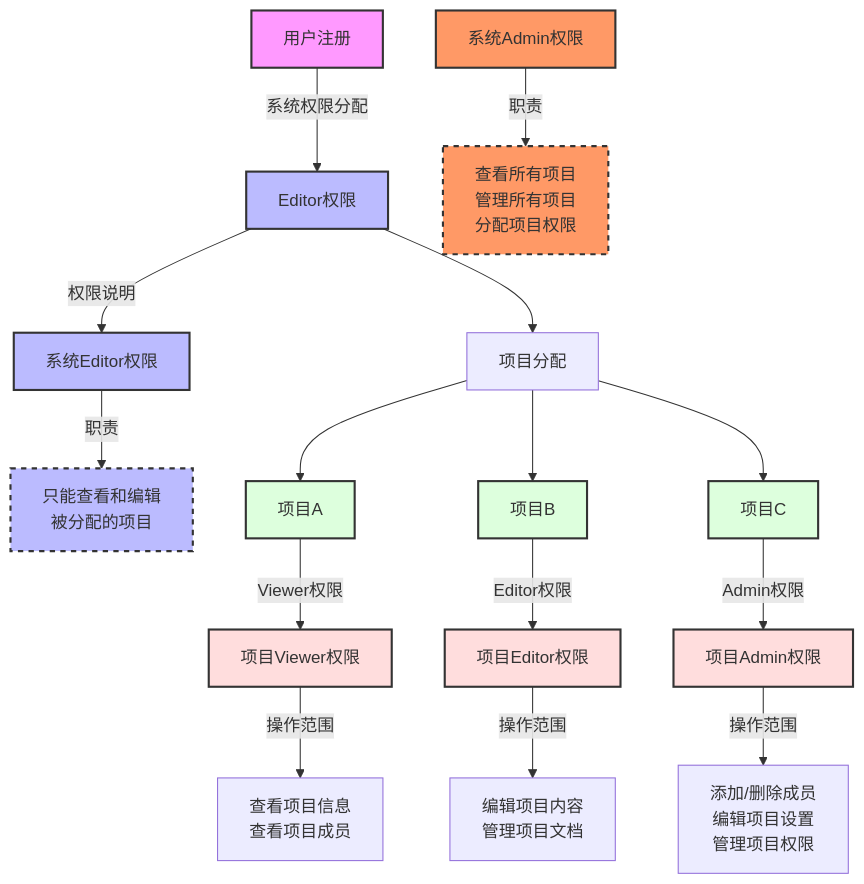
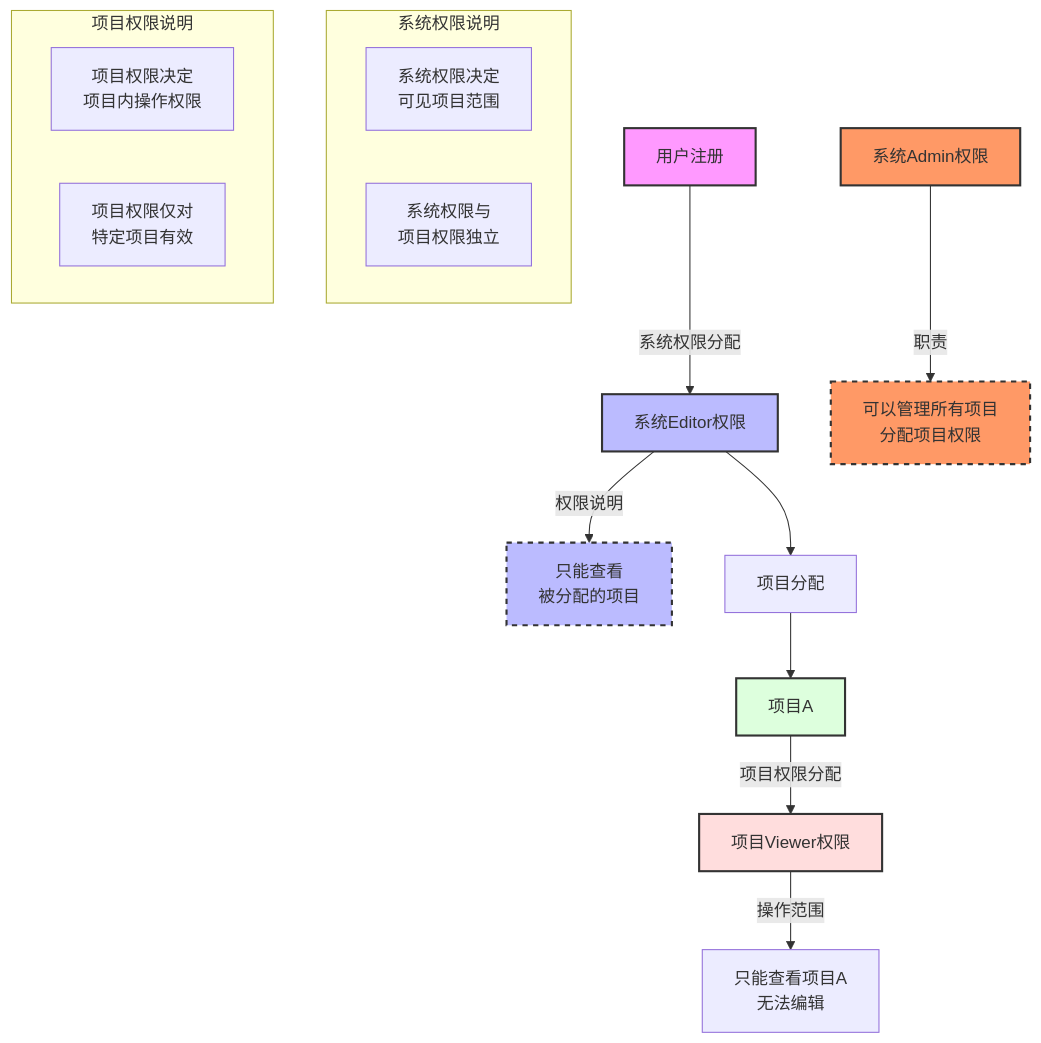
The diagram in docs/user-project-permission-flow.md (XcodeFish/CodeGeniusHub), drawn with Mermaid before and after one commit.

Commit message:
fix: 修改用户权限跟项目权限的关系

````diff
--- a/docs/user-project-permission-flow.md
+++ b/docs/user-project-permission-flow.md
@@ -1,46 +1,45 @@
 ```mermaid
 graph TD
     %% 用户权限部分
-    A[用户注册] -->|系统权限分配| B[Editor权限]
+    A[用户注册] -->|系统权限分配| B[系统Editor权限]
 
-    %% 用户权限说明
-    B -->|权限说明| B1[系统Editor权限]
-    B1 -->|职责| B2[只能查看和编辑<br/>被分配的项目]
+    %% 系统权限说明
+    B -->|权限说明| B1[只能查看<br/>被分配的项目]
 
     %% 项目分配流程
     B --> C[项目分配]
     C --> D[项目A]
-    C --> E[项目B]
-    C --> F[项目C]
 
     %% 项目权限说明
-    D -->|Viewer权限| G[项目Viewer权限]
-    E -->|Editor权限| H[项目Editor权限]
-    F -->|Admin权限| I[项目Admin权限]
+    D -->|项目权限分配| E[项目Viewer权限]
 
     %% 项目权限具体操作
-    G -->|操作范围| G1[查看项目信息<br/>查看项目成员]
-    H -->|操作范围| H1[编辑项目内容<br/>管理项目文档]
-    I -->|操作范围| I1[添加/删除成员<br/>编辑项目设置<br/>管理项目权限]
+    E -->|操作范围| E1[只能查看项目A<br/>无法编辑]
 
     %% 系统Admin权限说明
-    Z[系统Admin权限] -->|职责| Z1[查看所有项目<br/>管理所有项目<br/>分配项目权限]
+    Z[系统Admin权限] -->|职责| Z1[可以管理所有项目<br/>分配项目权限]
+
+    %% 权限关系说明
+    classDef note fill:#fff,stroke:#333,stroke-dasharray: 5 5
+    class B1,Z1 note
 
     %% 样式设置
     style A fill:#f9f,stroke:#333,stroke-width:2px
     style B fill:#bbf,stroke:#333,stroke-width:2px
     style B1 fill:#bbf,stroke:#333,stroke-width:2px
-    style B2 fill:#bbf,stroke:#333,stroke-width:2px
     style D fill:#dfd,stroke:#333,stroke-width:2px
-    style E fill:#dfd,stroke:#333,stroke-width:2px
-    style F fill:#dfd,stroke:#333,stroke-width:2px
-    style G fill:#fdd,stroke:#333,stroke-width:2px
-    style H fill:#fdd,stroke:#333,stroke-width:2px
-    style I fill:#fdd,stroke:#333,stroke-width:2px
+    style E fill:#fdd,stroke:#333,stroke-width:2px
     style Z fill:#f96,stroke:#333,stroke-width:2px
     style Z1 fill:#f96,stroke:#333,stroke-width:2px
 
-    %% 权限关系说明
-    classDef note fill:#fff,stroke:#333,stroke-dasharray: 5 5
-    class B2,Z1 note
+    %% 权限说明
+    subgraph 系统权限说明
+        S1[系统权限决定<br/>可见项目范围]
+        S2[系统权限与<br/>项目权限独立]
+    end
+
+    subgraph 项目权限说明
+        P1[项目权限决定<br/>项目内操作权限]
+        P2[项目权限仅对<br/>特定项目有效]
+    end
 ```
````
